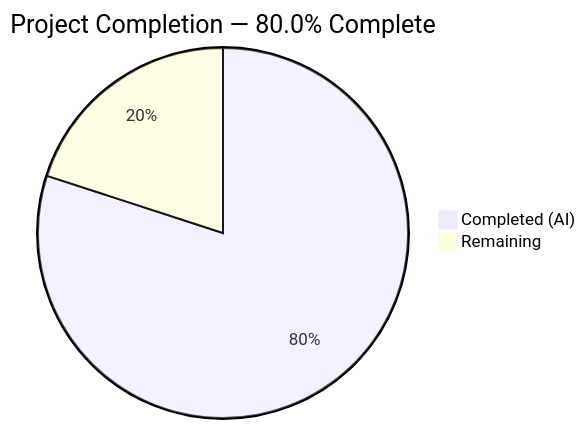
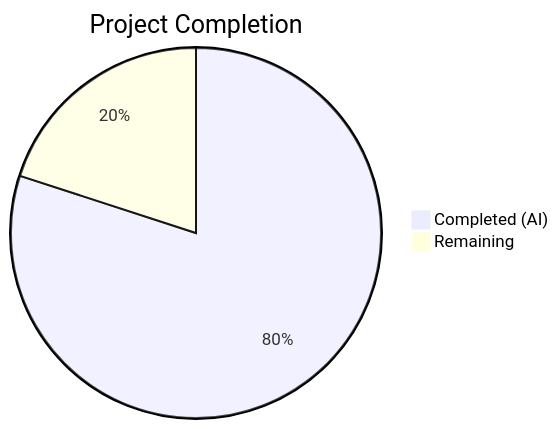
The first of 2 diagrams in blitzy/documentation/Project Guide.md (TestadoBlitzy/Existing-product), drawn with Mermaid before and after one commit. The commit also changed other lines of this file, not shown here.

Commit message:
Adding Blitzy Project Guide: Project Status and Human Tasks Remaining

````diff
--- a/blitzy/documentation/Project Guide.md
+++ b/blitzy/documentation/Project Guide.md
@@ -13,5 +13,5 @@
 ```mermaid
-pie title Project Completion — 80.0% Complete
-    "Completed (AI)" : 6
-    "Remaining" : 1.5
+pie title Project Completion
+    "Completed (AI)" : 4
+    "Remaining" : 1
 ```
````
